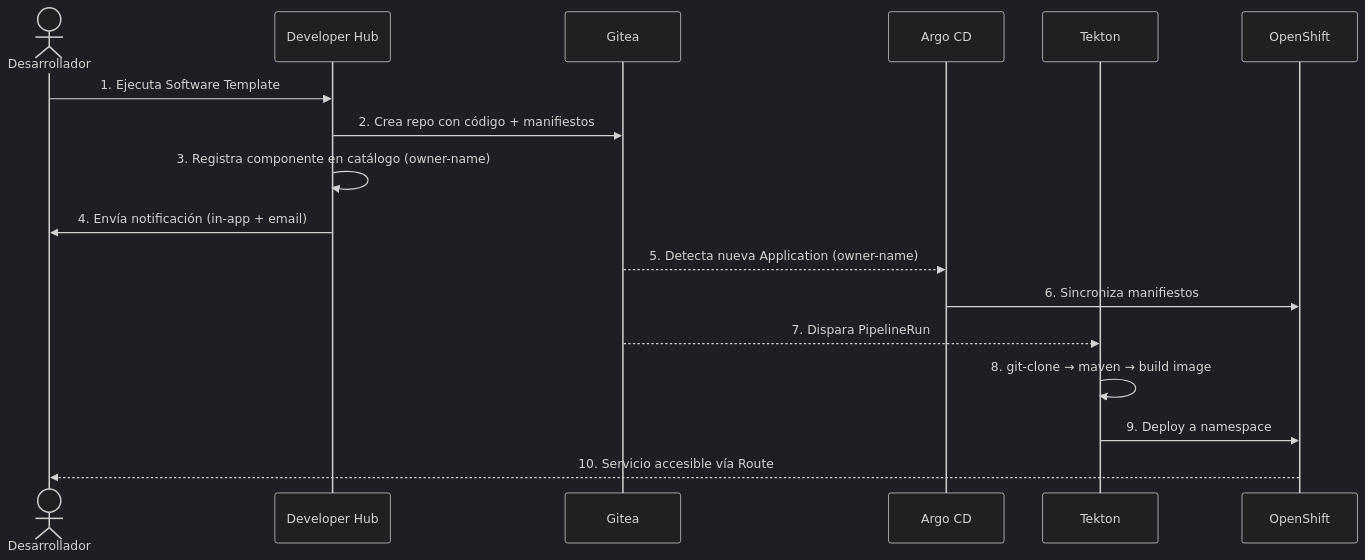
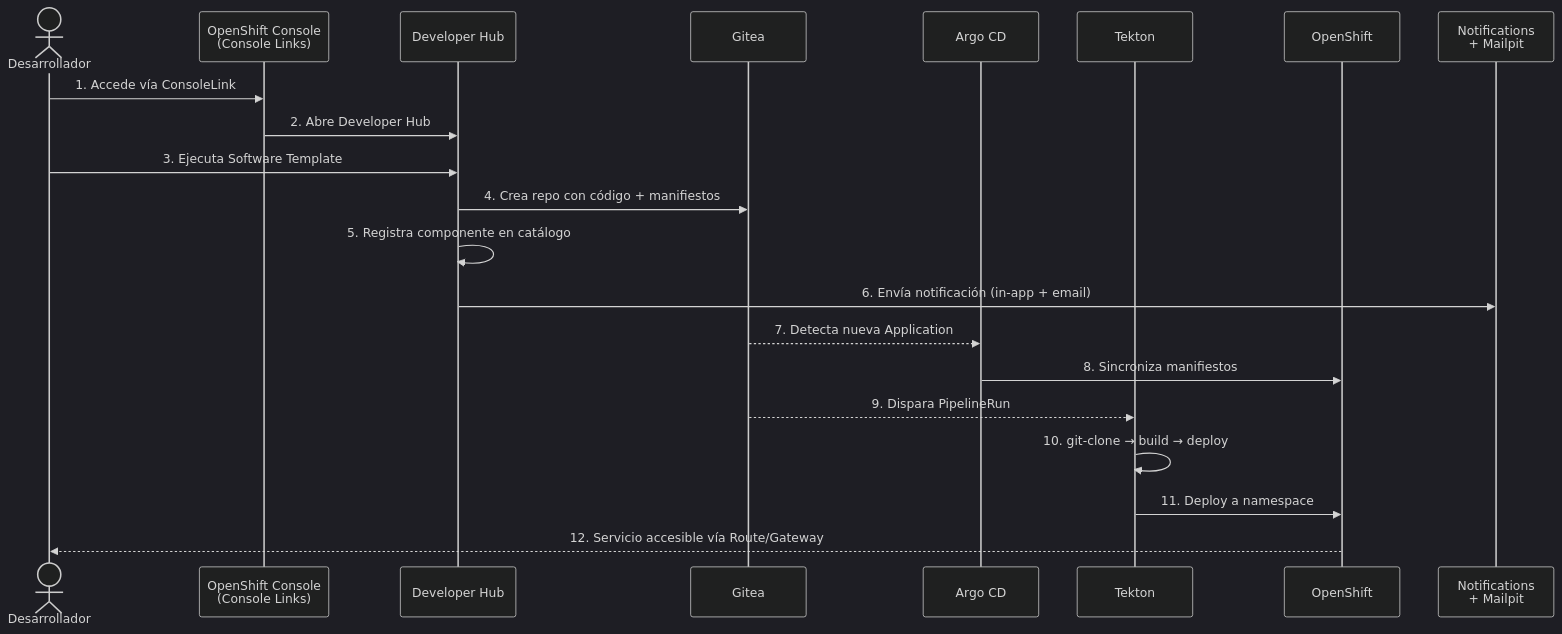
Before and after one commit to maximilianoPizarro/test-drive-pe-oscg: the third of 5 diagrams in docs/02-architecture-overview.md, drawn with Mermaid (dark theme). The commit also changed other lines of this file and 9 other files, not shown here.

First line of the commit message:
feat: redesign GitHub Pages - remove redundancy, add MCP Gateway, 3D animation

````diff
--- a/docs/02-architecture-overview.md
+++ b/docs/02-architecture-overview.md
@@ -87,20 +185,24 @@
 ```mermaid
 sequenceDiagram
     actor Dev as Desarrollador
+    participant Console as OpenShift Console<br/>(Console Links)
     participant Hub as Developer Hub
     participant Git as Gitea
     participant Argo as Argo CD
     participant Tek as Tekton
     participant OCP as OpenShift
+    participant Notif as Notifications<br/>+ Mailpit
 
-    Dev->>Hub: 1. Ejecuta Software Template
-    Hub->>Git: 2. Crea repo con código + manifiestos
-    Hub->>Hub: 3. Registra componente en catálogo (owner-name)
-    Hub->>Dev: 4. Envía notificación (in-app + email)
-    Git-->>Argo: 5. Detecta nueva Application (owner-name)
-    Argo->>OCP: 6. Sincroniza manifiestos
-    Git-->>Tek: 7. Dispara PipelineRun
-    Tek->>Tek: 8. git-clone → maven → build image
-    Tek->>OCP: 9. Deploy a namespace
-    OCP-->>Dev: 10. Servicio accesible vía Route
+    Dev->>Console: 1. Accede vía ConsoleLink
+    Console->>Hub: 2. Abre Developer Hub
+    Dev->>Hub: 3. Ejecuta Software Template
+    Hub->>Git: 4. Crea repo con código + manifiestos
+    Hub->>Hub: 5. Registra componente en catálogo
+    Hub->>Notif: 6. Envía notificación (in-app + email)
+    Git-->>Argo: 7. Detecta nueva Application
+    Argo->>OCP: 8. Sincroniza manifiestos
+    Git-->>Tek: 9. Dispara PipelineRun
+    Tek->>Tek: 10. git-clone → build → deploy
+    Tek->>OCP: 11. Deploy a namespace
+    OCP-->>Dev: 12. Servicio accesible vía Route/Gateway
 ```
````
